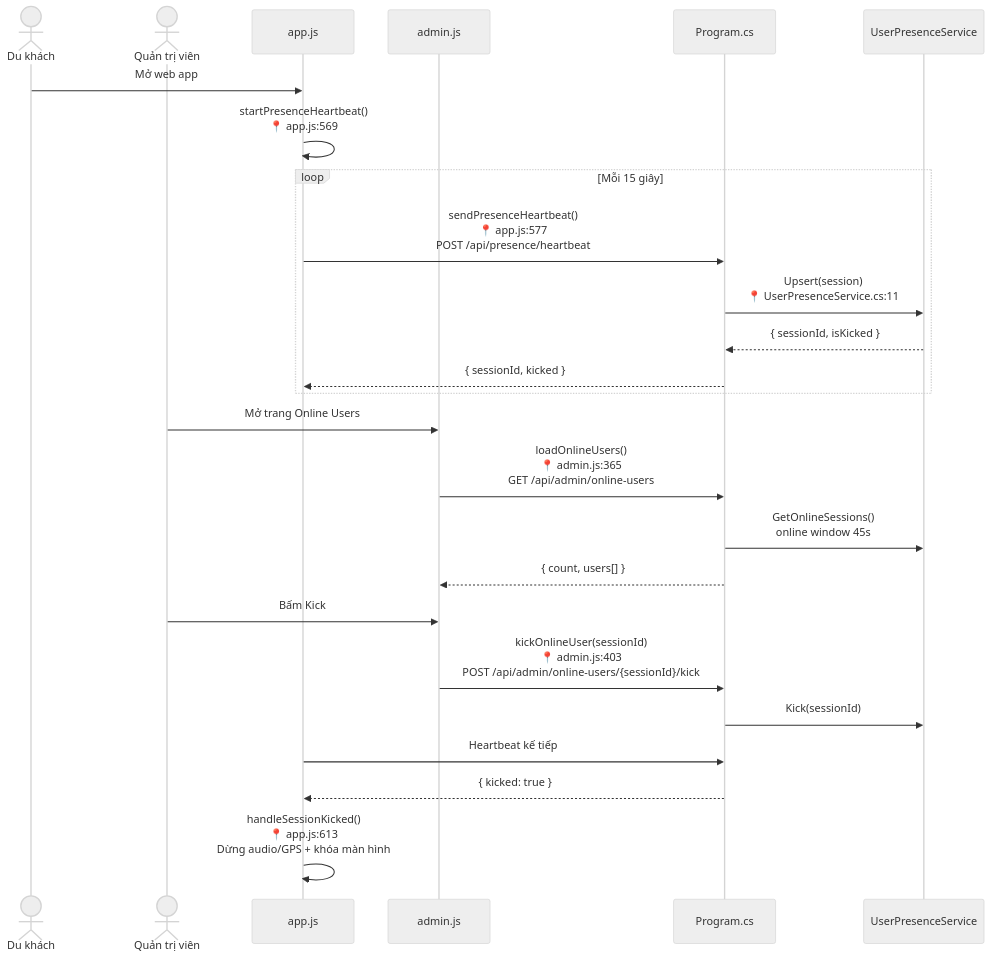
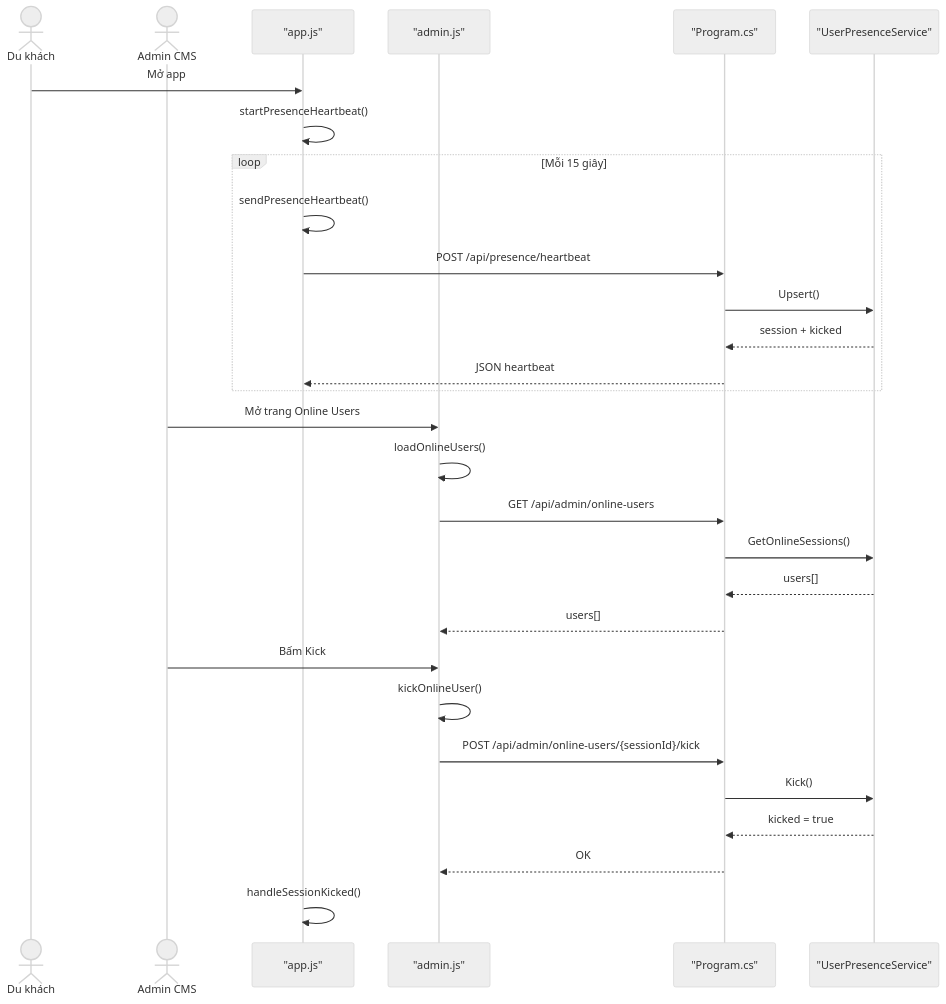
Before and after one commit to Hzyl/CShape: the fourth of 6 diagrams in PRD_VinhKhanh_Final2.md, drawn with Mermaid (neutral theme). The commit also changed other lines of this file and 46 other files, not shown here.

````diff
--- a/PRD_VinhKhanh_Final2.md
+++ b/PRD_VinhKhanh_Final2.md
@@ -326,31 +338,35 @@
 ```mermaid
 sequenceDiagram
     actor User as Du khách
-    actor Admin as Quản trị viên
-    participant App as app.js
-    participant CMS as admin.js
-    participant API as Program.cs
-    participant Presence as UserPresenceService
+    actor Admin as Admin CMS
+    participant Client as "app.js"
+    participant CMS as "admin.js"
+    participant API as "Program.cs"
+    participant Presence as "UserPresenceService"
 
-    User->>App: Mở web app
-    App->>App: startPresenceHeartbeat()<br/>📍 app.js:569
+    User->>Client: Mở app
+    Client->>Client: startPresenceHeartbeat()
     loop Mỗi 15 giây
-        App->>API: sendPresenceHeartbeat()<br/>📍 app.js:577<br/>POST /api/presence/heartbeat
-        API->>Presence: Upsert(session)<br/>📍 UserPresenceService.cs:11
-        Presence-->>API: { sessionId, isKicked }
-        API-->>App: { sessionId, kicked }
+        Client->>Client: sendPresenceHeartbeat()
+        Client->>API: POST /api/presence/heartbeat
+        API->>Presence: Upsert()
+        Presence-->>API: session + kicked
+        API-->>Client: JSON heartbeat
     end
 
     Admin->>CMS: Mở trang Online Users
-    CMS->>API: loadOnlineUsers()<br/>📍 admin.js:365<br/>GET /api/admin/online-users
-    API->>Presence: GetOnlineSessions()<br/>online window 45s
-    API-->>CMS: { count, users[] }
+    CMS->>CMS: loadOnlineUsers()
+    CMS->>API: GET /api/admin/online-users
+    API->>Presence: GetOnlineSessions()
+    Presence-->>API: users[]
+    API-->>CMS: users[]
 
     Admin->>CMS: Bấm Kick
-    CMS->>API: kickOnlineUser(sessionId)<br/>📍 admin.js:403<br/>POST /api/admin/online-users/{sessionId}/kick
-    API->>Presence: Kick(sessionId)
+    CMS->>CMS: kickOnlineUser()
+    CMS->>API: POST /api/admin/online-users/{sessionId}/kick
+    API->>Presence: Kick()
+    Presence-->>API: kicked = true
+    API-->>CMS: OK
 
-    App->>API: Heartbeat kế tiếp
-    API-->>App: { kicked: true }
-    App->>App: handleSessionKicked()<br/>📍 app.js:613<br/>Dừng audio/GPS + khóa màn hình
+    Client->>Client: handleSessionKicked()
 ```
````
